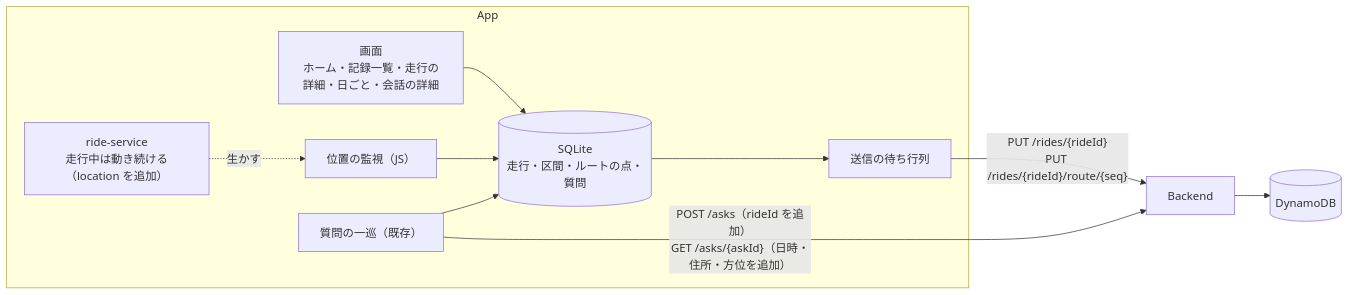
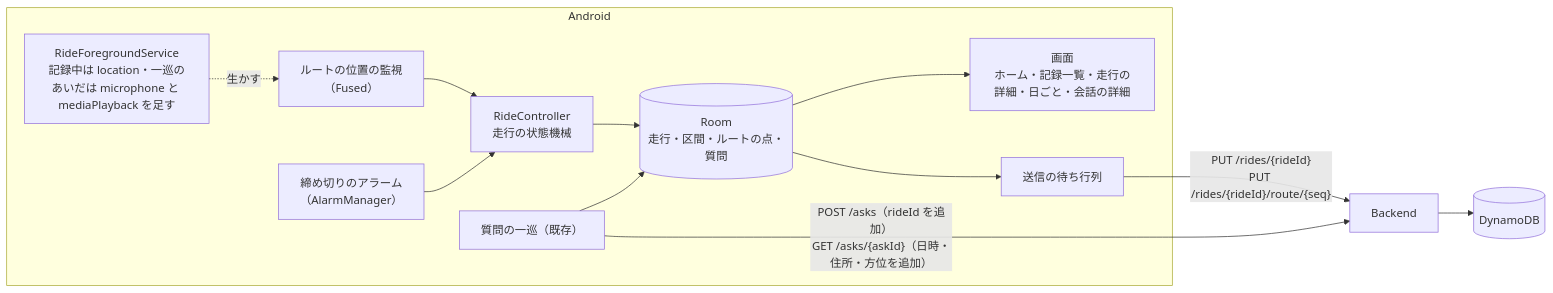
Before and after one commit to h-akira/TouringProjectV2: the diagram in docs/specs/2026-10-17-slice2-design.md, drawn with Mermaid. The commit also changed other lines of this file and 1 other file, not shown here.

First line of the commit message:
docs: rework the slice 2 spec's technical sections for the native app

````diff
--- a/docs/specs/2026-10-17-slice2-design.md
+++ b/docs/specs/2026-10-17-slice2-design.md
@@ -50,12 +50,15 @@
 ```mermaid
 flowchart LR
-  subgraph App
-    UI["画面<br/>ホーム・記録一覧・走行の詳細・日ごと・会話の詳細"] --> DB[("SQLite<br/>走行・区間・ルートの点・質問")]
-    RS["ride-service<br/>走行中は動き続ける（location を追加）"] -.生かす.-> LOC["位置の監視（JS）"] --> DB
+  subgraph Android
+    SVC["RideForegroundService<br/>記録中は location・一巡のあいだは microphone と mediaPlayback を足す"] -.生かす.-> LOC["ルートの位置の監視<br/>（Fused）"]
+    LOC --> RC["RideController<br/>走行の状態機械"]
+    ALM["締め切りのアラーム<br/>（AlarmManager）"] --> RC
+    RC --> DB[("Room<br/>走行・区間・ルートの点・質問")]
     ASK["質問の一巡（既存）"] --> DB
+    DB --> UI["画面<br/>ホーム・記録一覧・走行の詳細・日ごと・会話の詳細"]
     DB --> OUT["送信の待ち行列"]
   end
   OUT -->|"PUT /rides/{rideId}<br/>PUT /rides/{rideId}/route/{seq}"| BE["Backend"]
   ASK -->|"POST /asks（rideId を追加）<br/>GET /asks/{askId}（日時・住所・方位を追加）"| BE
   BE --> DDB[("DynamoDB")]
 ```
````
